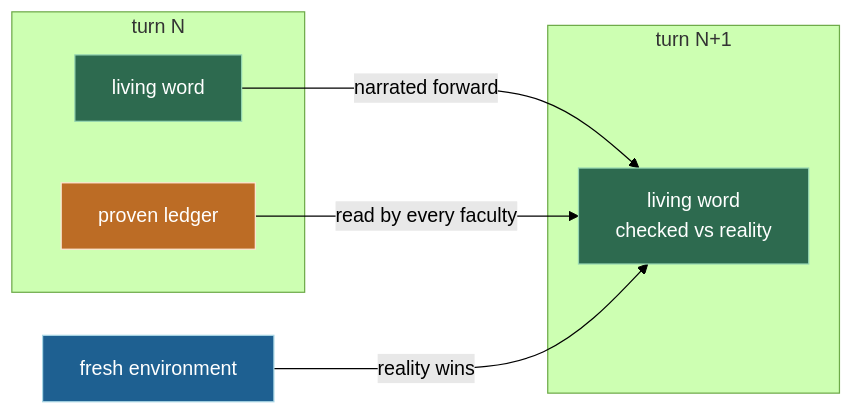
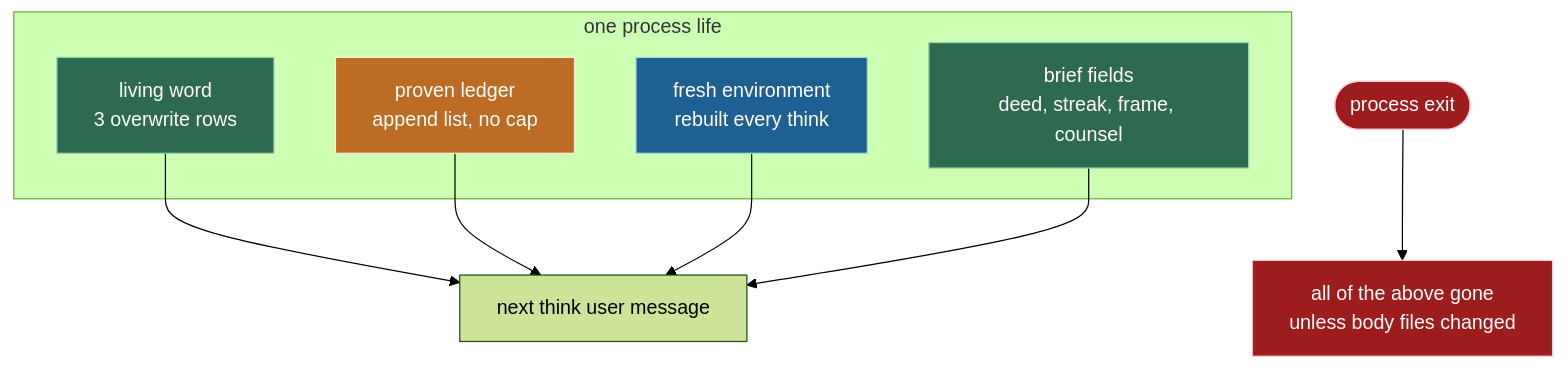
Before and after one commit to wgabrys88/endgame-ai: the seventh of 11 diagrams in README.md, drawn with Mermaid (forest theme). The commit also changed other lines of this file and 3 other files, not shown here.

````diff
--- a/README.md
+++ b/README.md
@@ -609,21 +735,25 @@
 ```mermaid
-flowchart LR
-    subgraph TURN_N["turn N"]
-        LW_N["living word"]
-        PL["proven ledger"]
-    end
-    subgraph TURN_N1["turn N+1"]
-        LW_N1["living word<br/>checked vs reality"]
+flowchart TD
+    subgraph LIFE["one process life"]
+        LW["living word<br/>3 overwrite rows"]
+        PL["proven ledger<br/>append list, no cap"]
+        ENV["fresh environment<br/>rebuilt every think"]
+        BRIEF["brief fields<br/>deed, streak, frame, counsel"]
     end
 
-    LW_N -- "narrated forward" --> LW_N1
-    PL -- "read by every faculty" --> LW_N1
-    ENV["fresh environment"] -- "reality wins" --> LW_N1
+    EXIT([process exit]) --> GONE["all of the above gone<br/>unless body files changed"]
+
+    LW --> NEXT["next think user message"]
+    PL --> NEXT
+    ENV --> NEXT
+    BRIEF --> NEXT
 
     classDef mem fill:#2d6a4f,stroke:#95d5b2,color:#ffffff;
     classDef led fill:#bc6c25,stroke:#ffe8d6,color:#ffffff;
     classDef env fill:#1e6091,stroke:#a9d6e5,color:#ffffff;
-    class LW_N,LW_N1 mem;
+    classDef dead fill:#9d1c1c,stroke:#ffccd5,color:#ffffff;
+    class LW,BRIEF mem;
     class PL led;
     class ENV env;
+    class EXIT,GONE dead;
 ```
````
